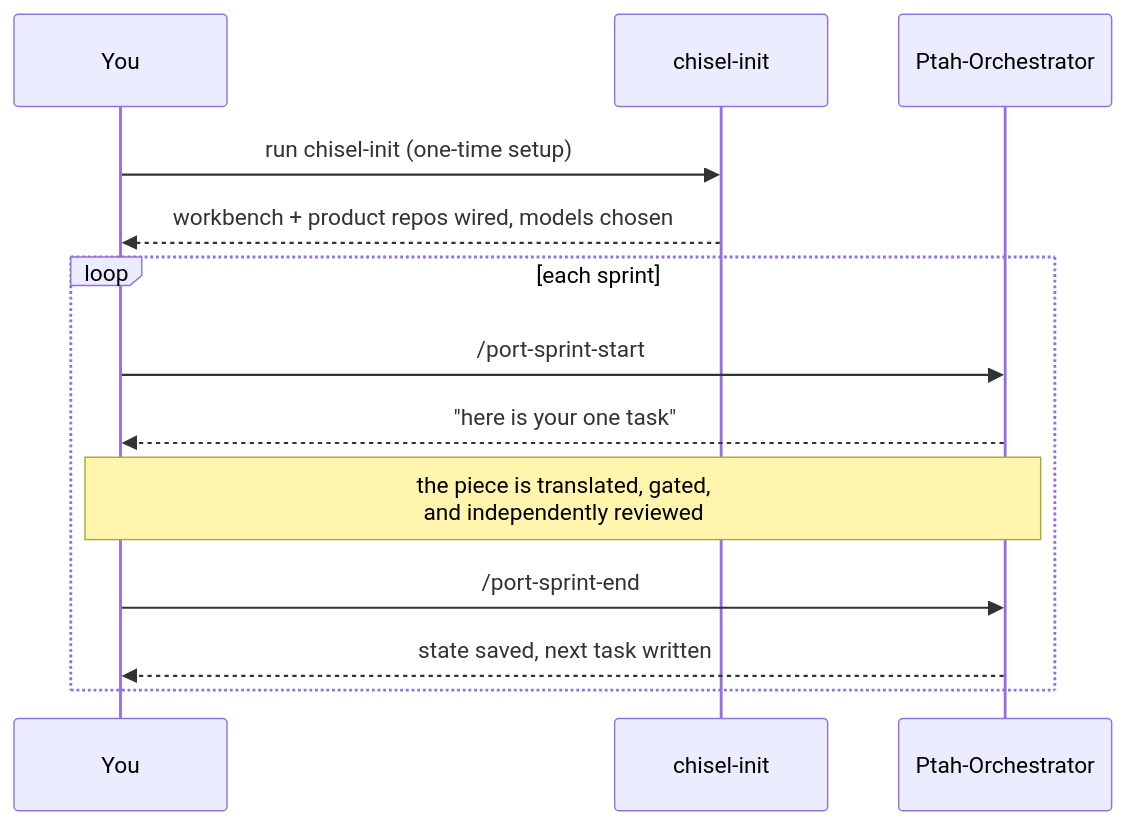
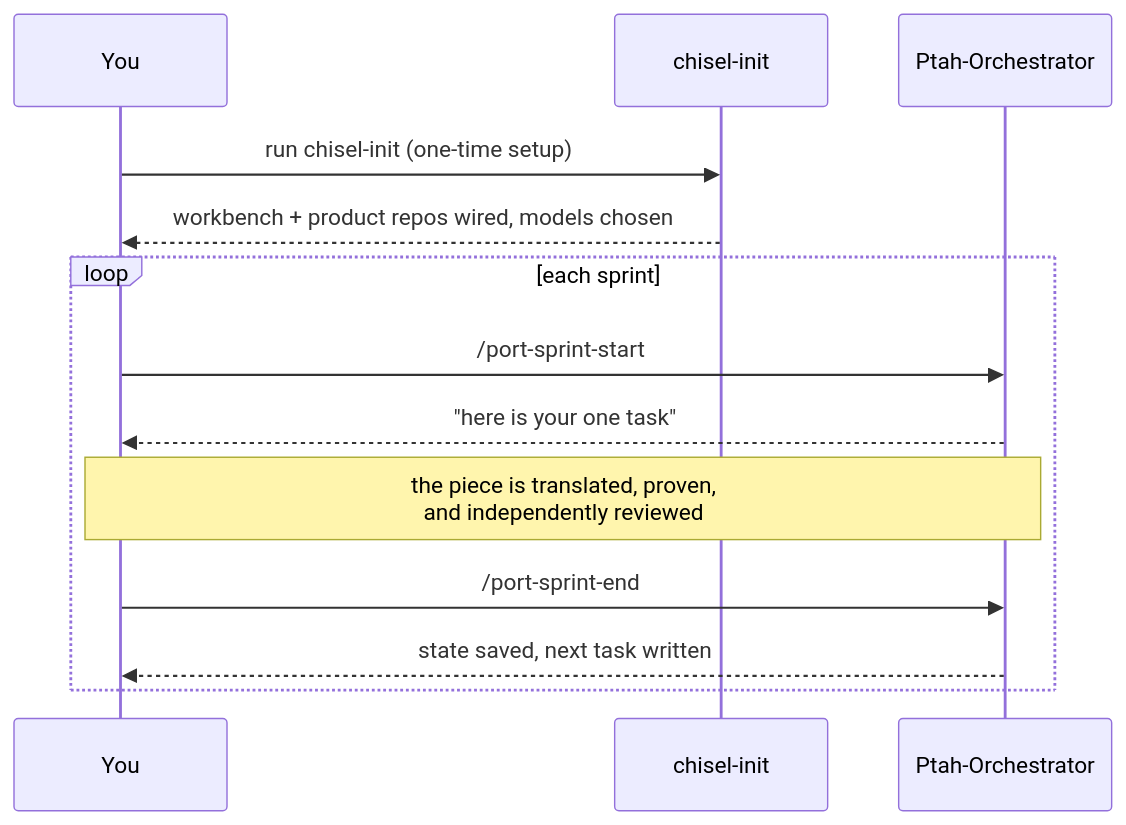
One commit to ecmwf/chisel changed the fifth of 6 diagrams in methodology.md. Above: the diagram before and after it, drawn with Mermaid. The commit also changed other lines of this file and 113 other files, not shown here.

First line of the commit message:
refactor: rename gate / gated to proof / proven across the methodology

````diff
--- a/methodology.md
+++ b/methodology.md
@@ -266,15 +266,15 @@
 ```mermaid
 sequenceDiagram
   participant You
   participant Init as chisel-init
   participant Ptah as Ptah-Orchestrator
   You->>Init: run chisel-init (one-time setup)
   Init-->>You: workbench + product repos wired, models chosen
   loop each sprint
     You->>Ptah: /port-sprint-start
     Ptah-->>You: "here is your one task"
-    Note over You,Ptah: the piece is translated, gated,<br/>and independently reviewed
+    Note over You,Ptah: the piece is translated, proven,<br/>and independently reviewed
     You->>Ptah: /port-sprint-end
     Ptah-->>You: state saved, next task written
   end
 ```
````
